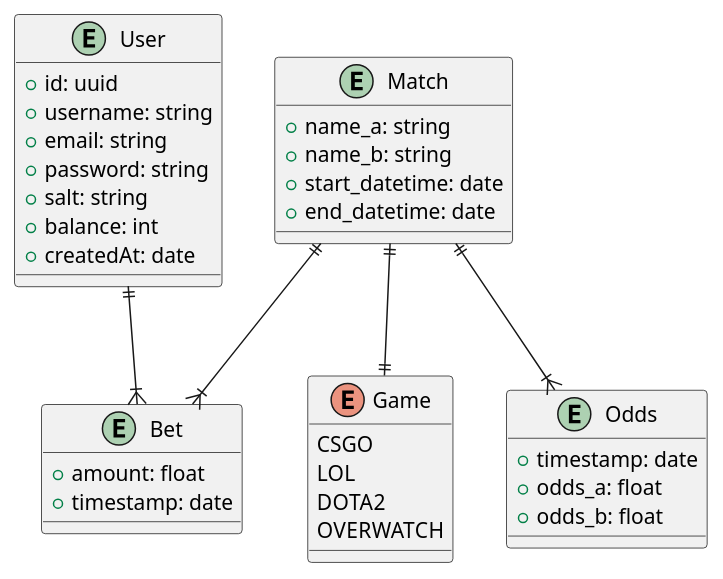
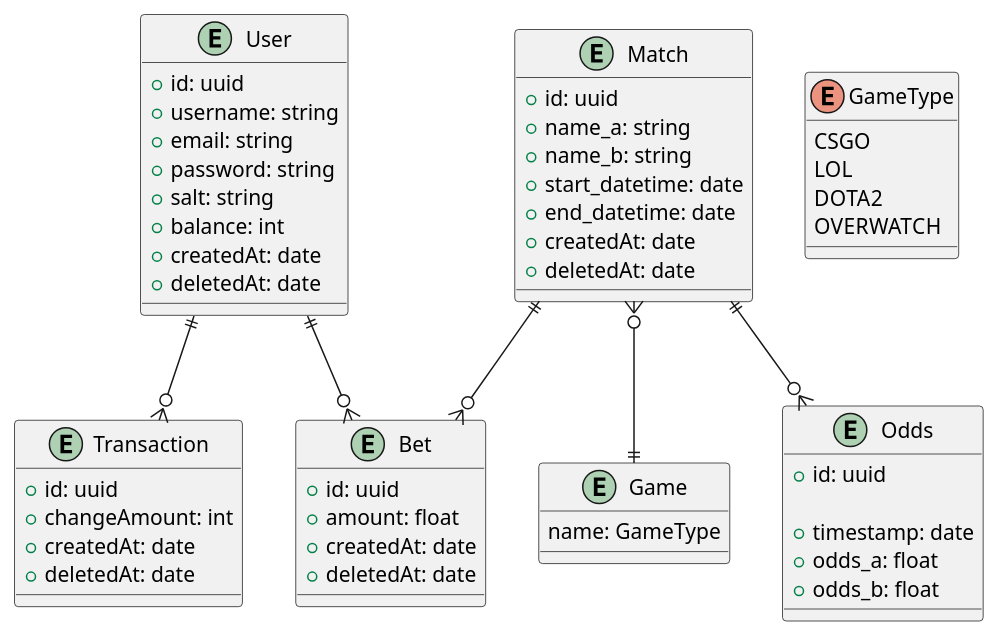
Before and after one commit to Average-Rust-Enjoyers/Starbet-Live: the diagram in starbet.puml, drawn with PlantUML.

Commit message:
docs: add updated puml diagram

```diff
--- a/starbet.puml
+++ b/starbet.puml
@@ -1,43 +1,66 @@
 @startuml starbet
 
 entity User {
     +id: uuid
     +username: string
     +email: string
     +password: string
     +salt: string
     +balance: int
     +createdAt: date
+    +deletedAt: date
+}
+
+entity Transaction {
+    +id: uuid
+    +changeAmount: int
+    +createdAt: date
+    +deletedAt: date
 }
 
 entity Match {
+    +id: uuid
     +name_a: string
     +name_b: string
     +start_datetime: date
     +end_datetime: date
+    +createdAt: date
+    +deletedAt: date
 }
 
-enum Game {
+enum GameType {
     CSGO
     LOL
     DOTA2
     OVERWATCH
 }
 
+entity Game {
+    name: GameType
+}
+
 entity Bet {
+    +id: uuid
     +amount: float
-    +timestamp: date
+    'timestamp
+    +createdAt: date
+    'expiration
+    +deletedAt: date
 }
 
 entity Odds {
+    ' not sure
+    +id: uuid 
+
     +timestamp: date
     +odds_a: float
     +odds_b: float
 }
 
-Match ||--|| Game
-Match ||--|{ Bet
-Match ||--|{ Odds
-User ||--|{ Bet
+Match }o--|| Game
+Match ||--o{ Bet
+Match ||--o{ Odds
+User ||--o{ Bet
+User ||--o{ Transaction
 
 @enduml
```
